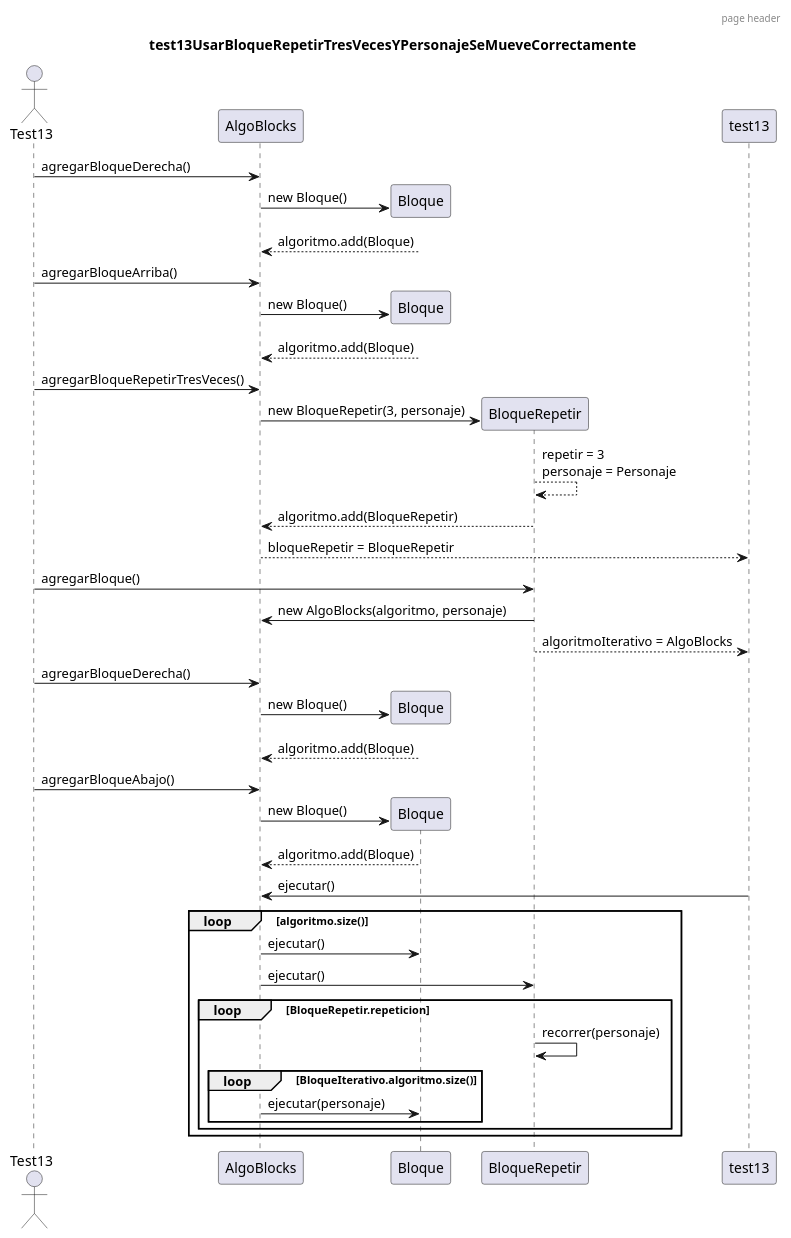
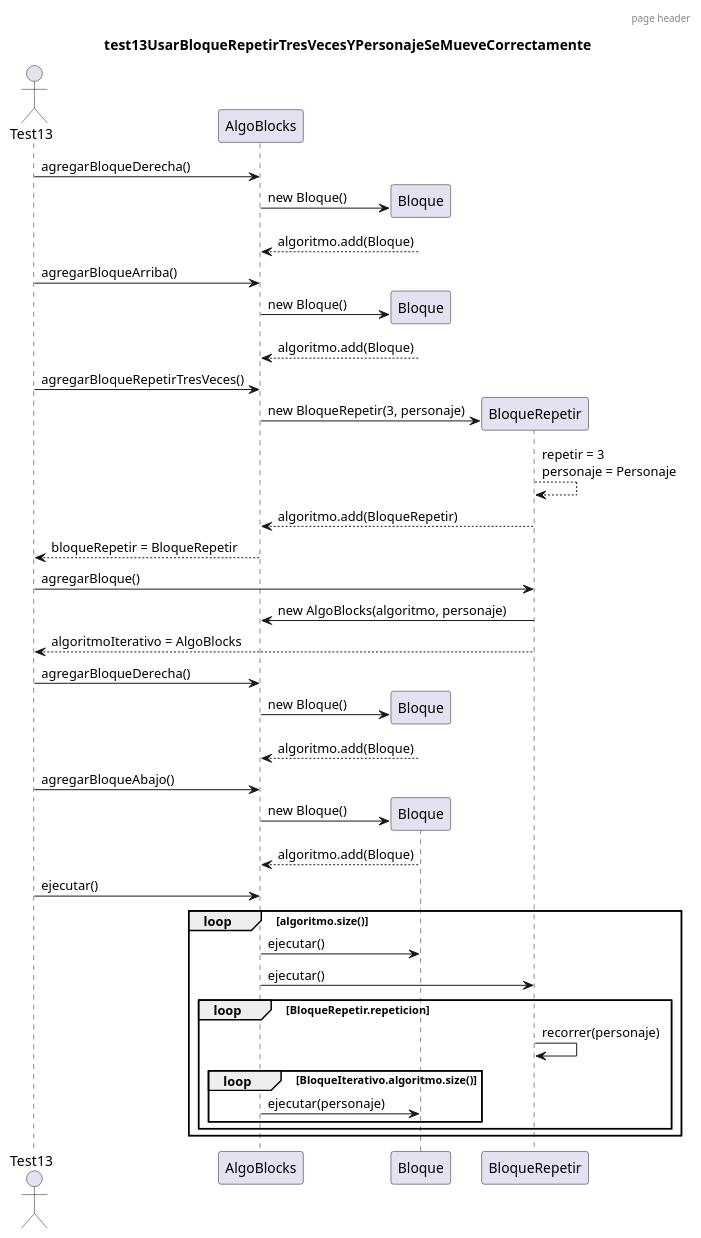
The diagram in Diagramas/Secuencia de repetir bloques.puml (trinibucc/TP2-AlgoBlocks), drawn with PlantUML before and after one commit. The commit also changed 9 other files, not shown here.

Commit message:
Agrego diagramas.

```diff
--- a/Diagramas/Secuencia de repetir bloques.puml
+++ b/Diagramas/Secuencia de repetir bloques.puml
@@ -1,44 +1,44 @@
 @startuml
 
 header page header
 title test13UsarBloqueRepetirTresVecesYPersonajeSeMueveCorrectamente
 actor Test13
 
 Test13 -> AlgoBlocks: agregarBloqueDerecha()
 create Bloque
 AlgoBlocks -> Bloque: new Bloque()
 Bloque --> AlgoBlocks: algoritmo.add(Bloque)
 Test13 -> AlgoBlocks: agregarBloqueArriba()
 create Bloque
 AlgoBlocks -> Bloque: new Bloque()
 Bloque --> AlgoBlocks: algoritmo.add(Bloque)
 Test13 -> AlgoBlocks: agregarBloqueRepetirTresVeces()
 create BloqueRepetir
 AlgoBlocks -> BloqueRepetir: new BloqueRepetir(3, personaje)
 BloqueRepetir --> BloqueRepetir: repetir = 3\npersonaje = Personaje
 BloqueRepetir --> AlgoBlocks: algoritmo.add(BloqueRepetir)
-AlgoBlocks --> test13: bloqueRepetir = BloqueRepetir
+AlgoBlocks --> Test13: bloqueRepetir = BloqueRepetir
 Test13 -> BloqueRepetir: agregarBloque()
 BloqueRepetir -> AlgoBlocks: new AlgoBlocks(algoritmo, personaje)
-BloqueRepetir --> test13: algoritmoIterativo = AlgoBlocks
+BloqueRepetir --> Test13: algoritmoIterativo = AlgoBlocks
 Test13 -> AlgoBlocks: agregarBloqueDerecha()
 create Bloque
 AlgoBlocks -> Bloque: new Bloque()
 Bloque --> AlgoBlocks: algoritmo.add(Bloque)
 Test13 -> AlgoBlocks: agregarBloqueAbajo()
 create Bloque
 AlgoBlocks -> Bloque: new Bloque()
 Bloque --> AlgoBlocks: algoritmo.add(Bloque)
-test13 -> AlgoBlocks: ejecutar()
+Test13 -> AlgoBlocks: ejecutar()
 loop algoritmo.size()
     AlgoBlocks -> Bloque: ejecutar()
     AlgoBlocks -> BloqueRepetir: ejecutar()
     loop BloqueRepetir.repeticion
         BloqueRepetir -> BloqueRepetir: recorrer(personaje)
         loop BloqueIterativo.algoritmo.size()
             AlgoBlocks -> Bloque: ejecutar(personaje)
         end
     end
 end
 
 @enduml
```
